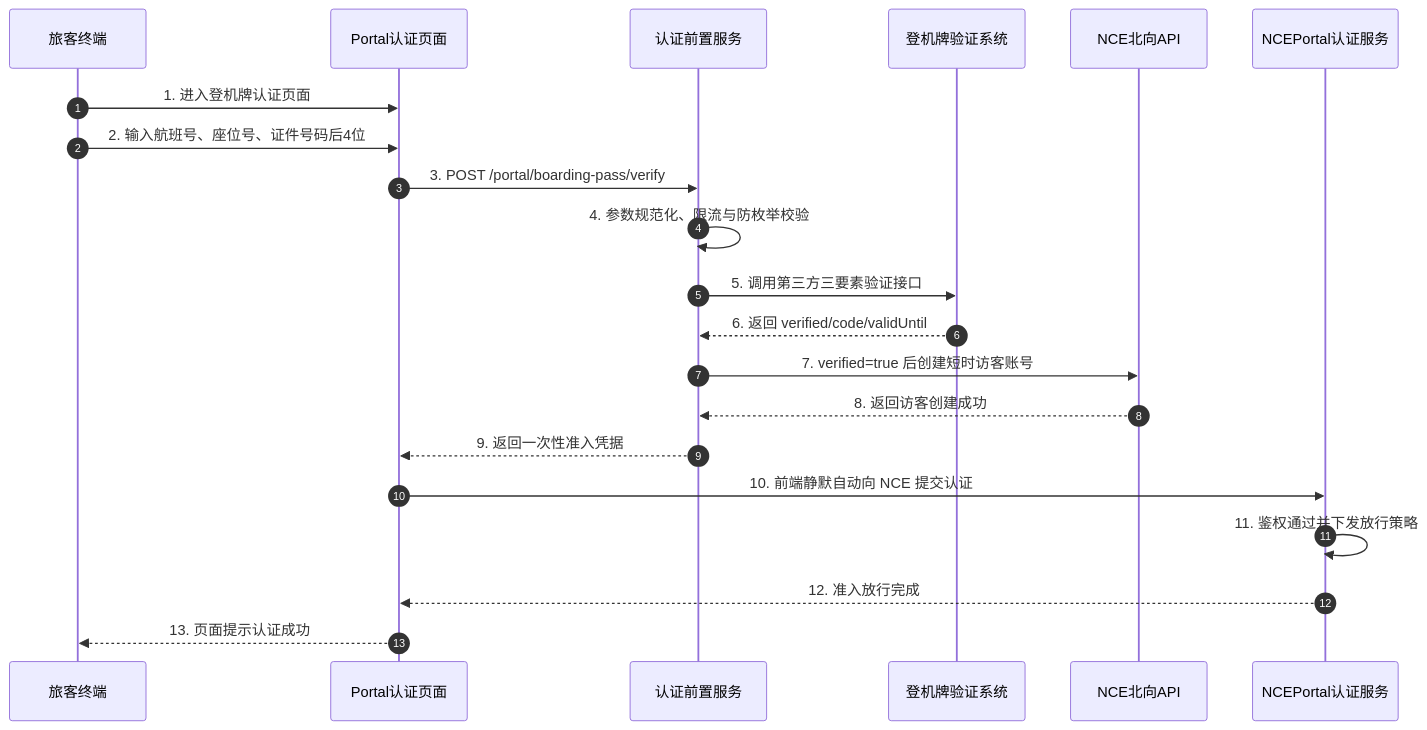
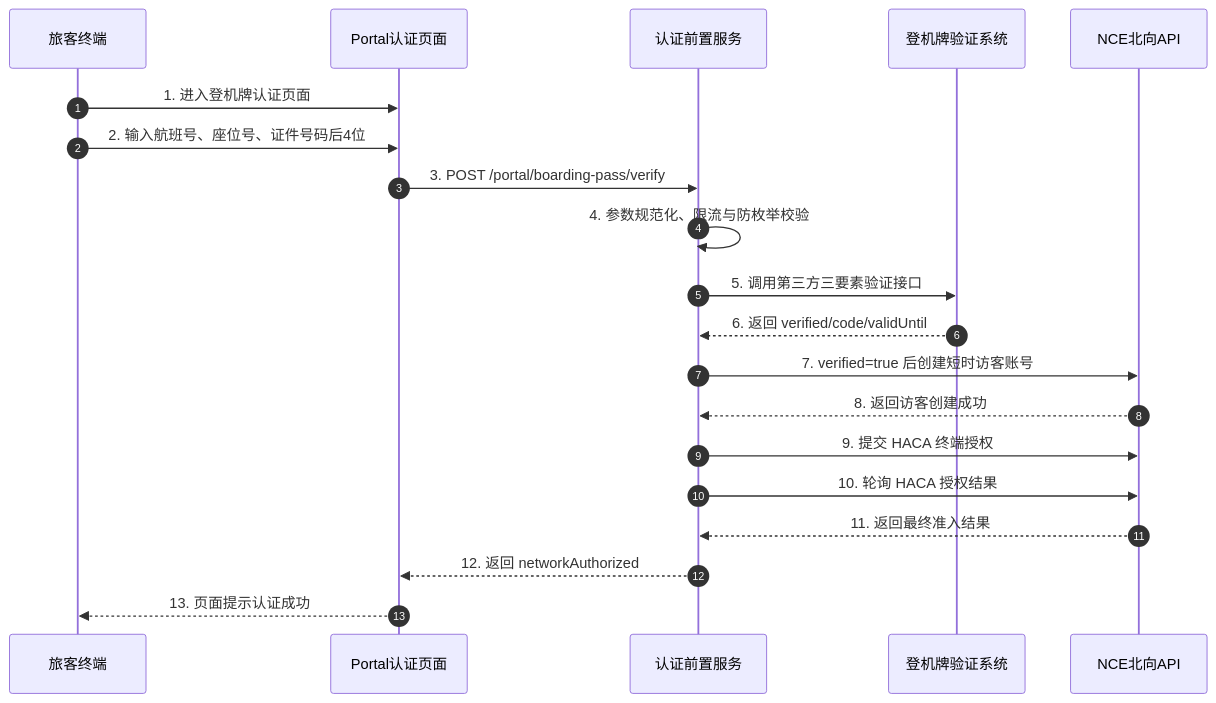
The sixth of 9 diagrams in doc/深圳机场WiFi多方式认证系统详细设计说明书.md (KoshiroPeng/vue-fastapi-admin), drawn with Mermaid before and after one commit. The commit also changed other lines of this file and 3 other files, not shown here.

````diff
--- a/doc/深圳机场WiFi多方式认证系统详细设计说明书.md
+++ b/doc/深圳机场WiFi多方式认证系统详细设计说明书.md
@@ -312,17 +313,17 @@
 ```mermaid
 sequenceDiagram
     autonumber
     旅客终端->>Portal认证页面: 1. 进入登机牌认证页面
     旅客终端->>Portal认证页面: 2. 输入航班号、座位号、证件号码后4位
     Portal认证页面->>认证前置服务: 3. POST /portal/boarding-pass/verify
     认证前置服务->>认证前置服务: 4. 参数规范化、限流与防枚举校验
     认证前置服务->>登机牌验证系统: 5. 调用第三方三要素验证接口
     登机牌验证系统-->>认证前置服务: 6. 返回 verified/code/validUntil
     认证前置服务->>NCE北向API: 7. verified=true 后创建短时访客账号
     NCE北向API-->>认证前置服务: 8. 返回访客创建成功
-    认证前置服务-->>Portal认证页面: 9. 返回一次性准入凭据
-    Portal认证页面->>NCEPortal认证服务: 10. 前端静默自动向 NCE 提交认证
-    NCEPortal认证服务->>NCEPortal认证服务: 11. 鉴权通过并下发放行策略
-    NCEPortal认证服务-->>Portal认证页面: 12. 准入放行完成
+    认证前置服务->>NCE北向API: 9. 提交 HACA 终端授权
+    认证前置服务->>NCE北向API: 10. 轮询 HACA 授权结果
+    NCE北向API-->>认证前置服务: 11. 返回最终准入结果
+    认证前置服务-->>Portal认证页面: 12. 返回 networkAuthorized
     Portal认证页面-->>旅客终端: 13. 页面提示认证成功
 ```
````
